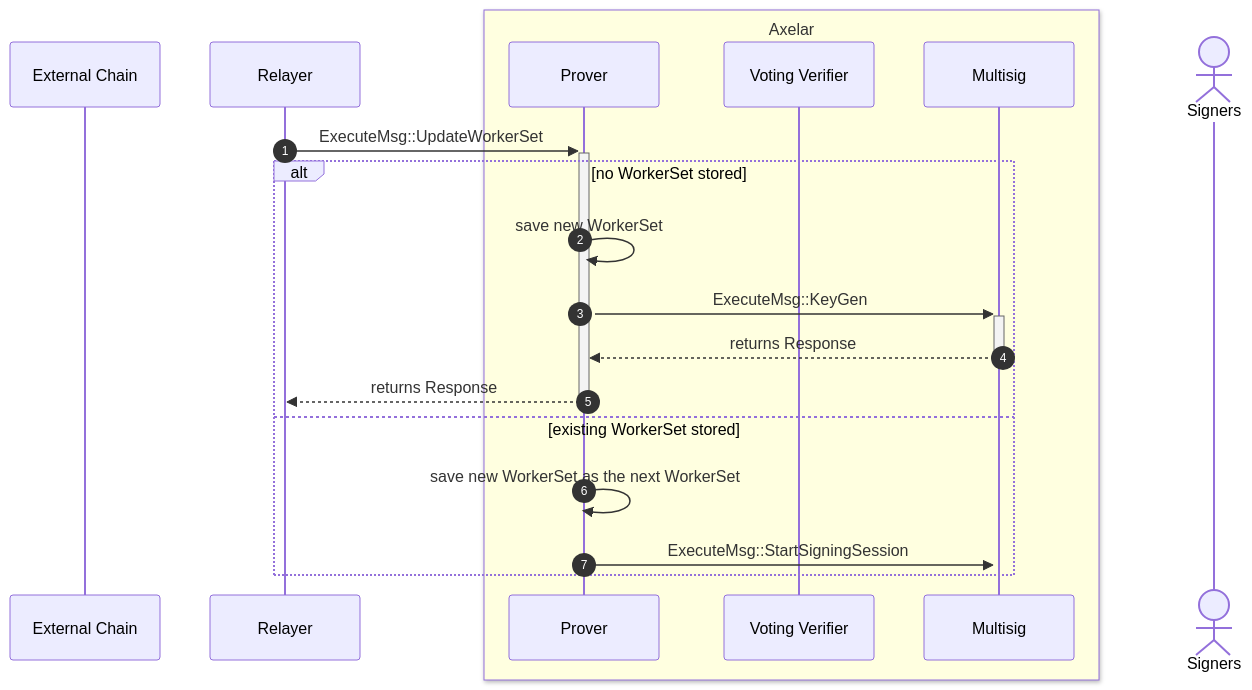
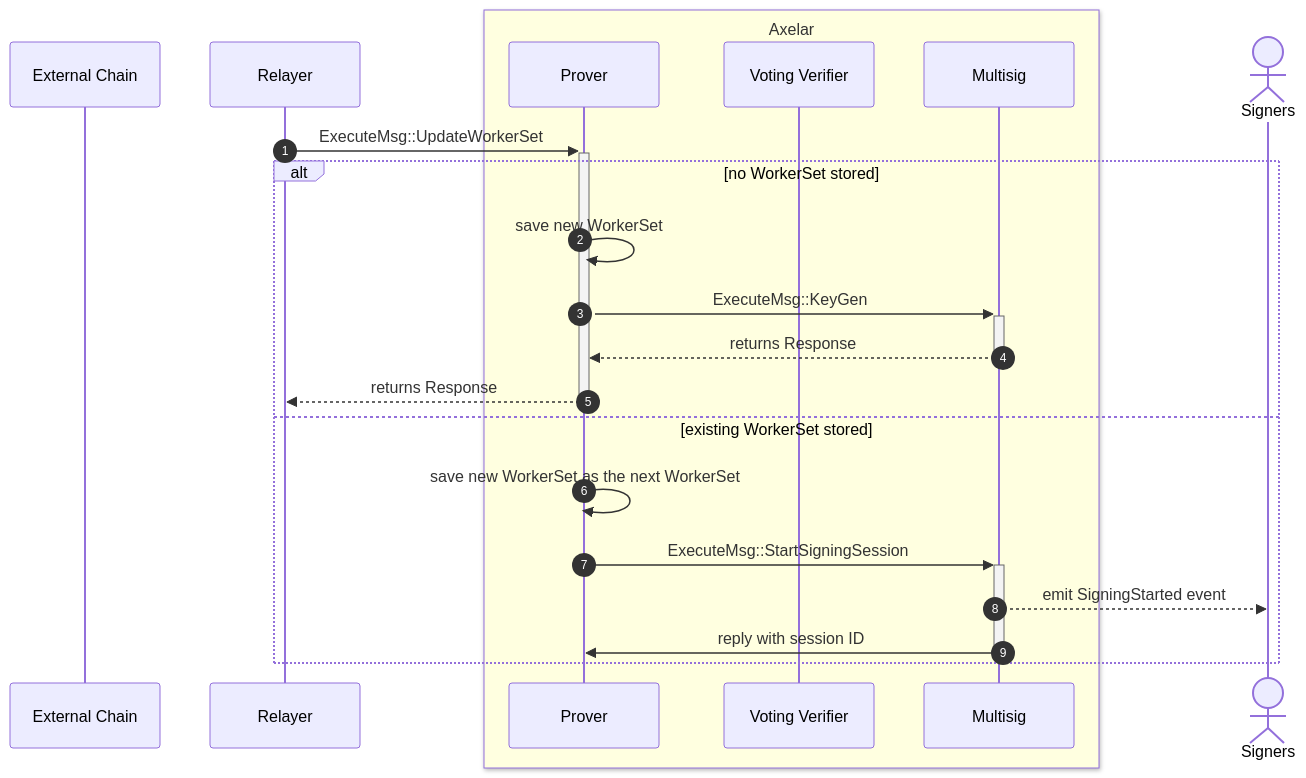
The third of 3 diagrams in doc/src/contracts/multisig_prover.md (axelarnetwork/axelar-amplifier), drawn with Mermaid before and after one commit.

Commit message:
try this

````diff
--- a/doc/src/contracts/multisig_prover.md
+++ b/doc/src/contracts/multisig_prover.md
@@ -82,22 +82,24 @@
 ```mermaid
 sequenceDiagram
 autonumber
 participant External Chain
 participant Relayer
 box LightYellow Axelar
 participant Prover
 participant Voting Verifier
 participant Multisig
 end
 actor Signers
 Relayer->>+Prover: ExecuteMsg::UpdateWorkerSet
 alt no WorkerSet stored
   Prover->>Prover: save new WorkerSet
   Prover->>+Multisig: ExecuteMsg::KeyGen
   Multisig-->>-Prover: returns Response
   Prover-->>-Relayer: returns Response
 else existing WorkerSet stored
   Prover->>Prover: save new WorkerSet as the next WorkerSet
   Prover->>+Multisig: ExecuteMsg::StartSigningSession
+  Multisig-->>Signers: emit SigningStarted event
+  Multisig->>-Prover: reply with session ID
 end
 ```
````
